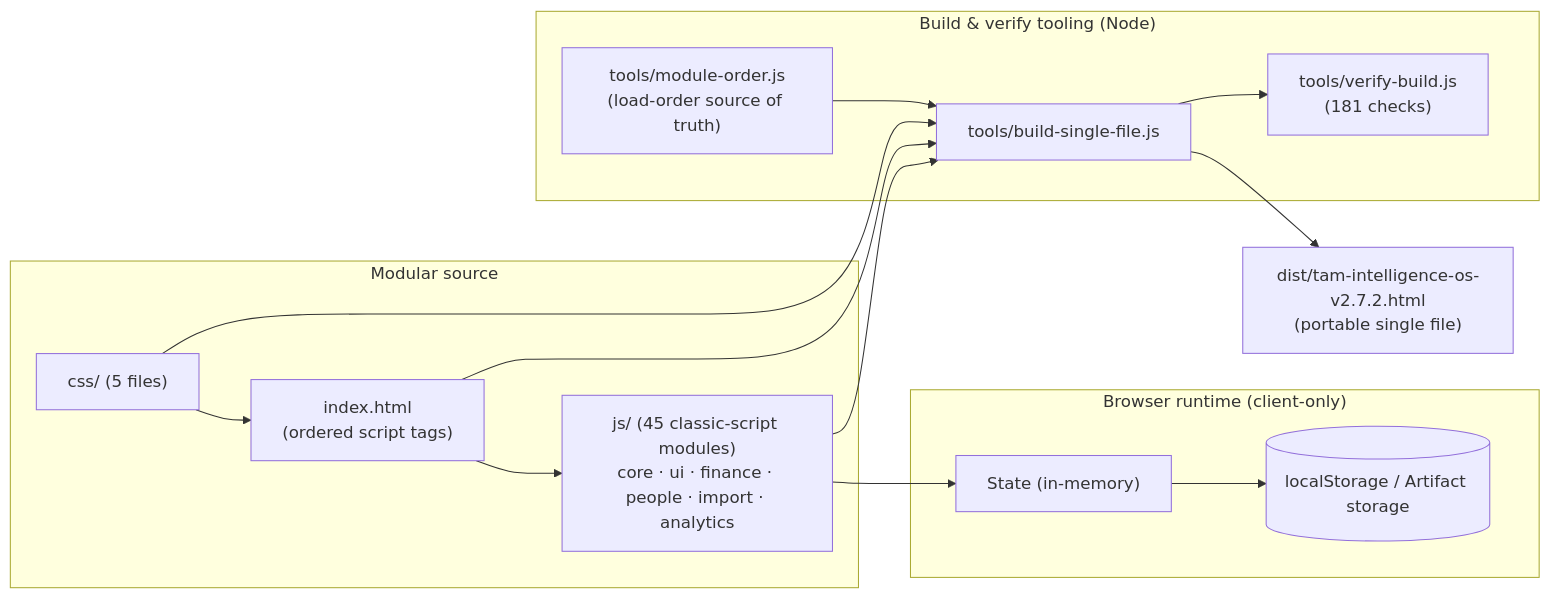
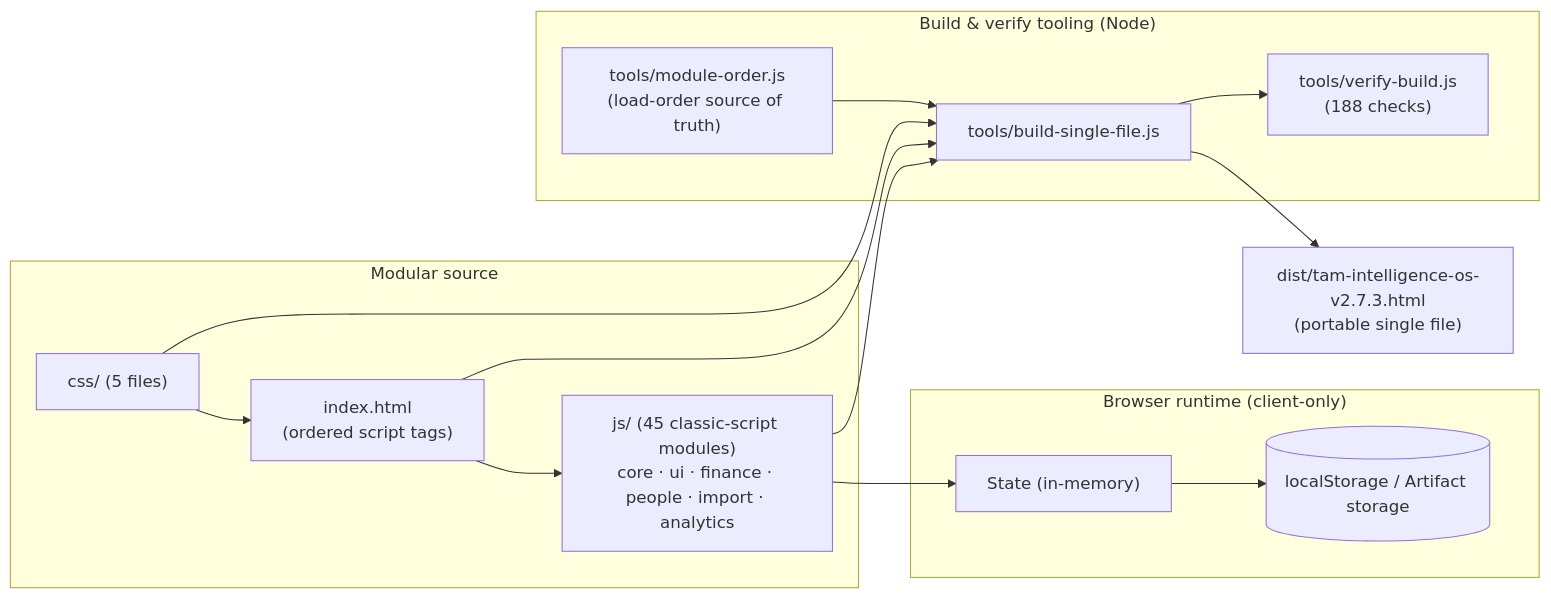
The first of 2 diagrams in README.md (fanoryu/TAM-Intelligence-OS), drawn with Mermaid before and after one commit. The commit also changed other lines of this file and 7 other files, not shown here.

````diff
--- a/README.md
+++ b/README.md
@@ -150,27 +148,27 @@
 ```mermaid
 flowchart LR
   subgraph Source["Modular source"]
     IDX["index.html<br/>(ordered script tags)"]
     CSS["css/ (5 files)"]
     JS["js/ (45 classic-script modules)<br/>core · ui · finance · people · import · analytics"]
   end
   subgraph Runtime["Browser runtime (client-only)"]
     STATE["State (in-memory)"]
     LS[("localStorage / Artifact storage")]
   end
   subgraph Build["Build & verify tooling (Node)"]
     ORDER["tools/module-order.js<br/>(load-order source of truth)"]
     BUILD["tools/build-single-file.js"]
-    VERIFY["tools/verify-build.js<br/>(181 checks)"]
+    VERIFY["tools/verify-build.js<br/>(188 checks)"]
   end
-  DIST["dist/tam-intelligence-os-v2.7.2.html<br/>(portable single file)"]
+  DIST["dist/tam-intelligence-os-v2.7.3.html<br/>(portable single file)"]
 
   IDX --> JS --> STATE --> LS
   CSS --> IDX
   ORDER --> BUILD
   IDX --> BUILD
   CSS --> BUILD
   JS --> BUILD
   BUILD --> DIST
   BUILD --> VERIFY
 ```
````
